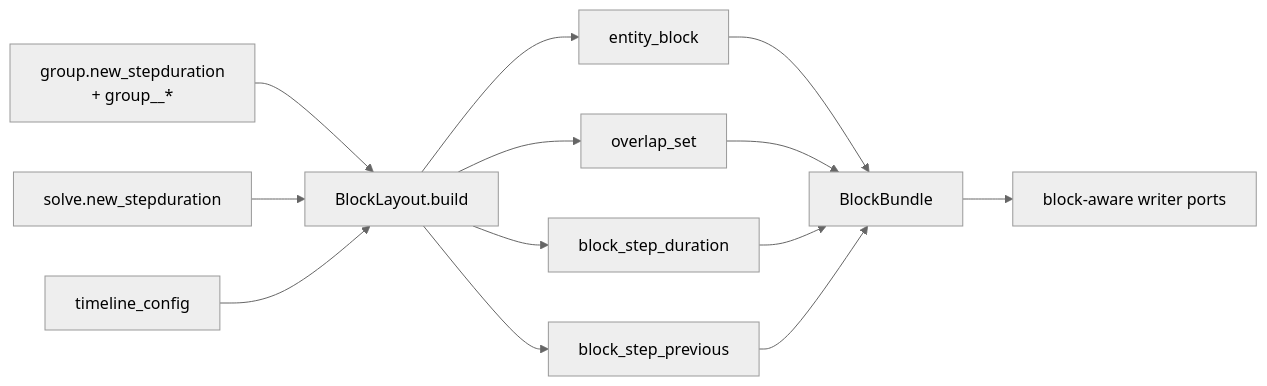
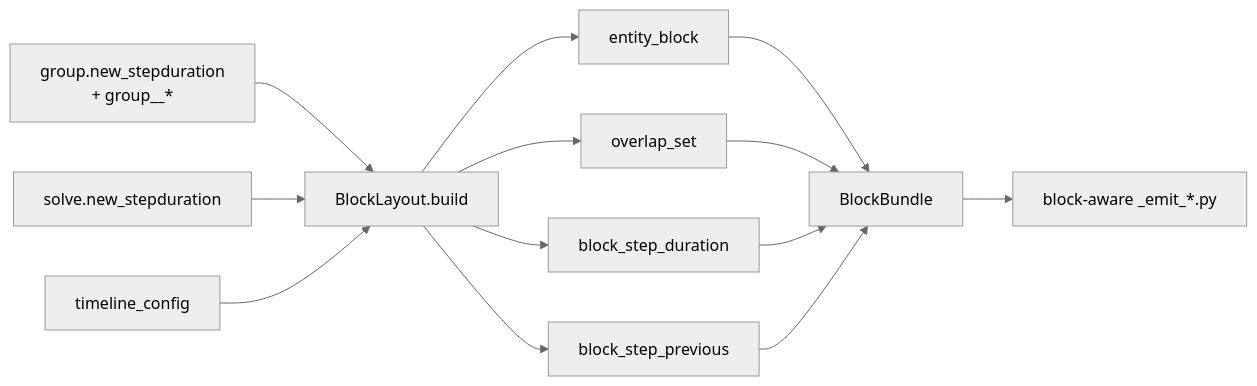
Before and after one commit to irena-flextool/flextool: the second of 2 diagrams in docs/dev/decomposition.md, drawn with Mermaid (neutral theme). The commit also changed other lines of this file, not shown here.

First line of the commit message:
docs/dev/decomposition.md: rename 'writer ports' to '_emit_* modules'

````diff
--- a/docs/dev/decomposition.md
+++ b/docs/dev/decomposition.md
@@ -310,12 +310,12 @@
 ```mermaid
 flowchart LR
     A[group.new_stepduration<br/>+ group__*] --> B[BlockLayout.build]
     C[solve.new_stepduration] --> B
     D[timeline_config] --> B
     B --> E[entity_block]
     B --> F[overlap_set]
     B --> G[block_step_duration]
     B --> H[block_step_previous]
     E & F & G & H --> I[BlockBundle]
-    I --> J[block-aware writer ports]
+    I --> J[block-aware _emit_*.py]
 ```
````
